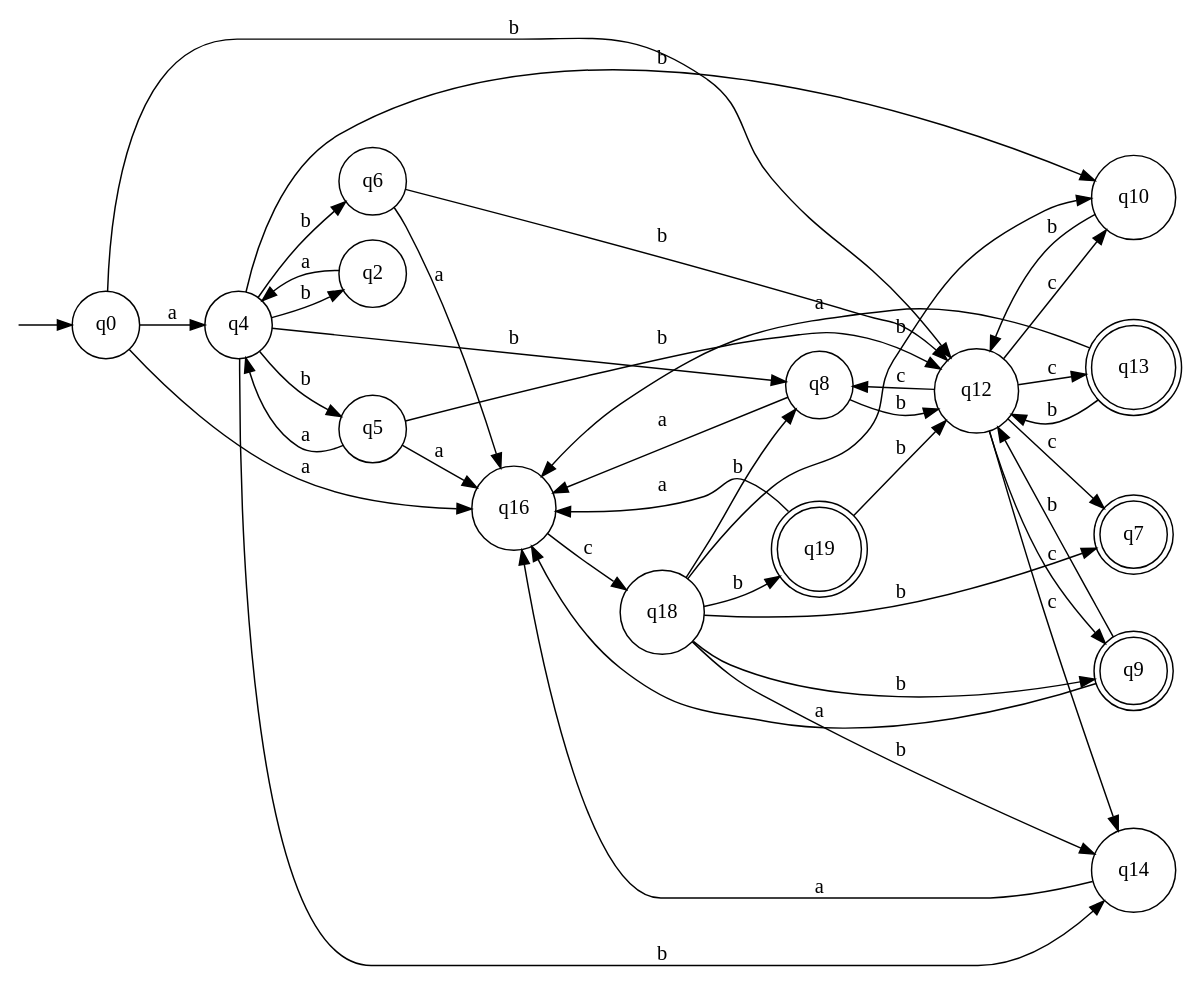
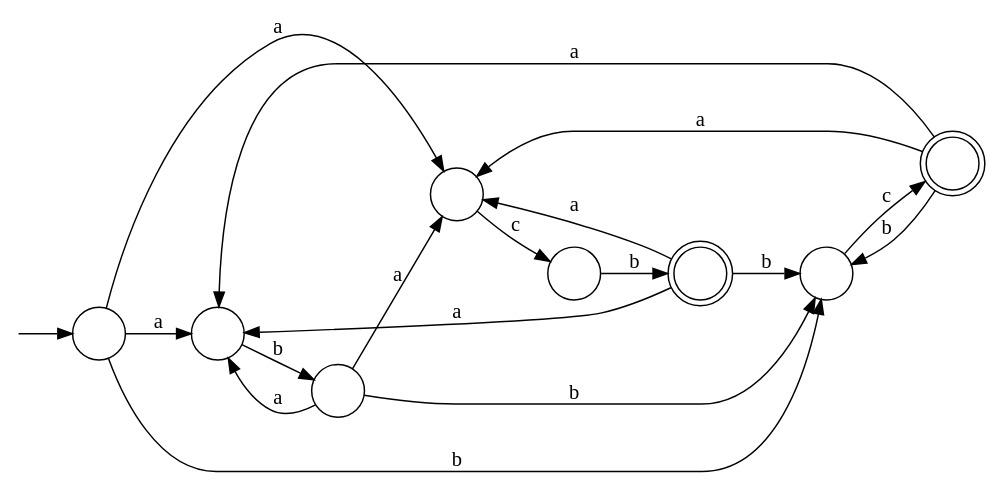
Before and after one commit to water-mizuu/finite_automata_conversion: the diagram in nfa.dot, drawn with Graphviz. The commit also changed 9 other files, not shown here.

```diff
--- a/nfa.dot
+++ b/nfa.dot
@@ -1,58 +1,29 @@
 digraph G {
   rankdir=LR;
   n__ [label="" shape=none width=.0];
-  0 [shape=circle label="q0"];
-  2 [shape=circle label="q2"];
-  4 [shape=circle label="q4"];
-  5 [shape=circle label="q5"];
-  6 [shape=circle label="q6"];
-  7 [shape=doublecircle label="q7"];
-  8 [shape=circle label="q8"];
-  9 [shape=doublecircle label="q9"];
-  10 [shape=circle label="q10"];
-  12 [shape=circle label="q12"];
-  13 [shape=doublecircle label="q13"];
-  14 [shape=circle label="q14"];
-  16 [shape=circle label="q16"];
-  18 [shape=circle label="q18"];
-  19 [shape=doublecircle label="q19"];
+  0 [shape=circle label=""];
+  1 [shape=circle label=""];
+  2 [shape=circle label=""];
+  3 [shape=circle label=""];
+  4 [shape=doublecircle label=""];
+  5 [shape=circle label=""];
+  6 [shape=circle label=""];
+  7 [shape=doublecircle label=""];
   n__ -> 0;
-  0 -> 4 [label="a"];
-  0 -> 16 [label="a"];
-  2 -> 4 [label="a"];
-  5 -> 4 [label="a"];
-  5 -> 16 [label="a"];
-  6 -> 16 [label="a"];
-  8 -> 16 [label="a"];
-  9 -> 16 [label="a"];
-  13 -> 16 [label="a"];
-  14 -> 16 [label="a"];
-  19 -> 16 [label="a"];
-  0 -> 12 [label="b"];
-  4 -> 5 [label="b"];
-  4 -> 2 [label="b"];
-  4 -> 6 [label="b"];
-  4 -> 8 [label="b"];
-  4 -> 10 [label="b"];
-  4 -> 14 [label="b"];
-  5 -> 12 [label="b"];
-  6 -> 12 [label="b"];
-  8 -> 12 [label="b"];
-  9 -> 12 [label="b"];
-  10 -> 12 [label="b"];
-  13 -> 12 [label="b"];
-  18 -> 19 [label="b"];
-  18 -> 9 [label="b"];
-  18 -> 8 [label="b"];
-  18 -> 7 [label="b"];
-  18 -> 10 [label="b"];
-  18 -> 14 [label="b"];
-  19 -> 12 [label="b"];
-  12 -> 13 [label="c"];
-  12 -> 9 [label="c"];
-  12 -> 8 [label="c"];
-  12 -> 7 [label="c"];
-  12 -> 10 [label="c"];
-  12 -> 14 [label="c"];
-  16 -> 18 [label="c"];
+  0 -> 1 [label="a"];
+  0 -> 5 [label="a"];
+  2 -> 1 [label="a"];
+  2 -> 5 [label="a"];
+  4 -> 1 [label="a"];
+  4 -> 5 [label="a"];
+  7 -> 1 [label="a"];
+  7 -> 5 [label="a"];
+  0 -> 3 [label="b"];
+  1 -> 2 [label="b"];
+  2 -> 3 [label="b"];
+  4 -> 3 [label="b"];
+  6 -> 7 [label="b"];
+  7 -> 3 [label="b"];
+  3 -> 4 [label="c"];
+  5 -> 6 [label="c"];
 }
```
